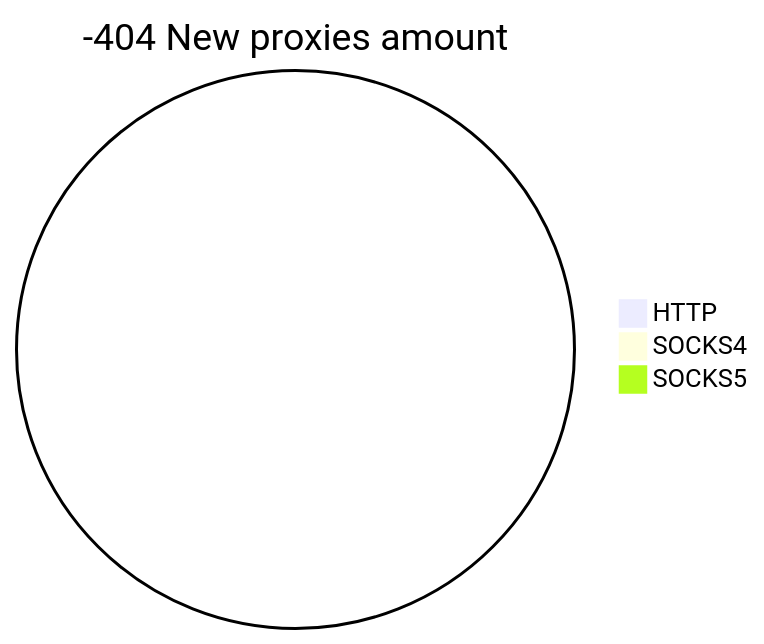
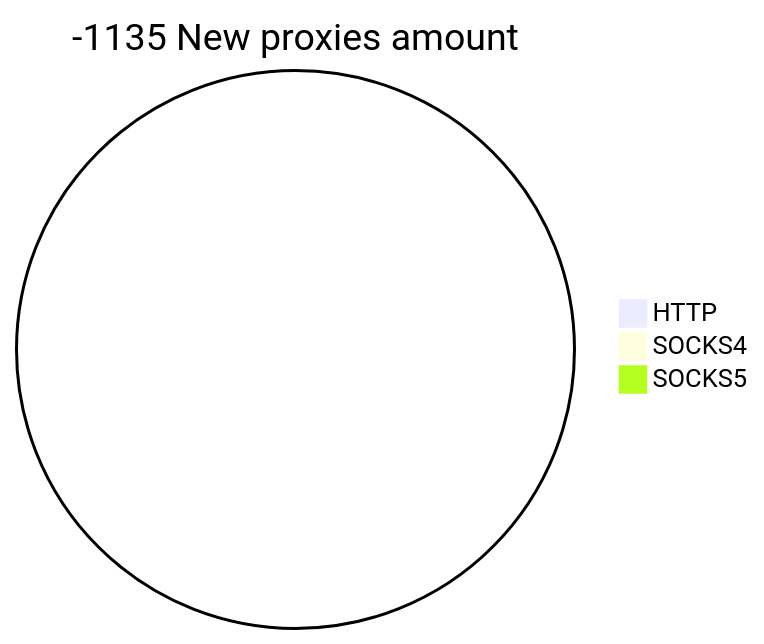
The second of 2 diagrams in README.md (cutipu/proxylist), drawn with Mermaid before and after one commit. The commit also changed other lines of this file, not shown here.

````diff
--- a/README.md
+++ b/README.md
@@ -10,6 +10,6 @@
 ```mermaid
-pie title -404 New proxies amount
+pie title -1135 New proxies amount
     "HTTP" : 0
     "SOCKS4" : 0
     "SOCKS5" : 0
 ```
````
